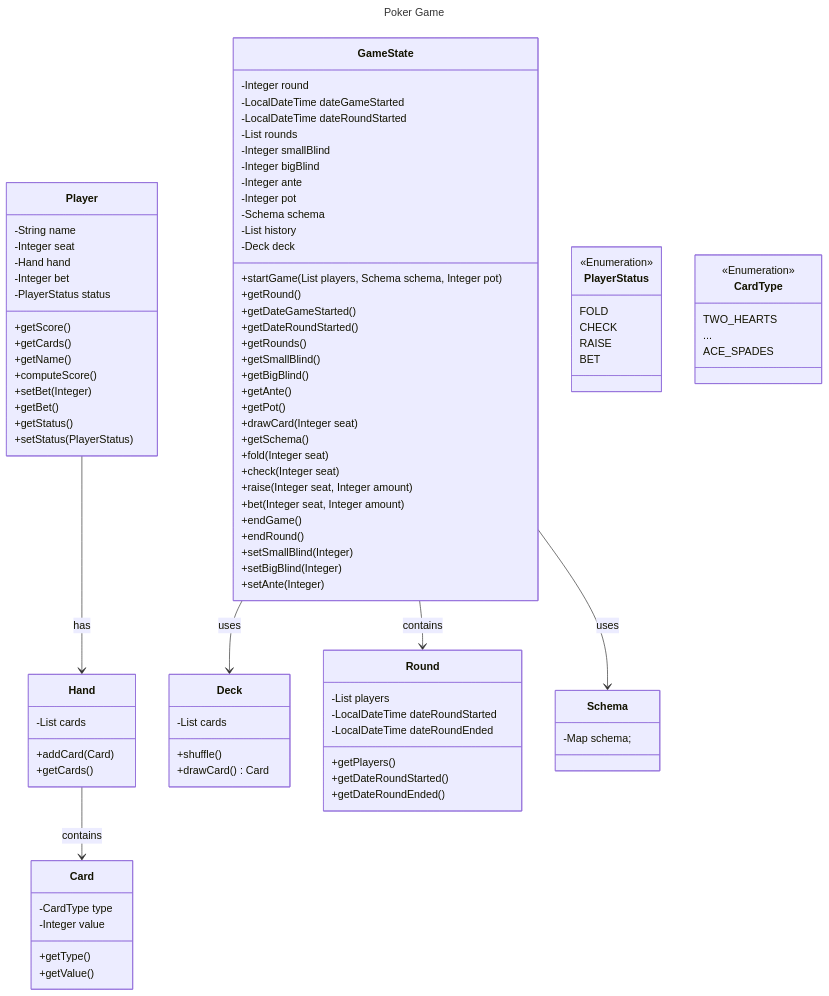
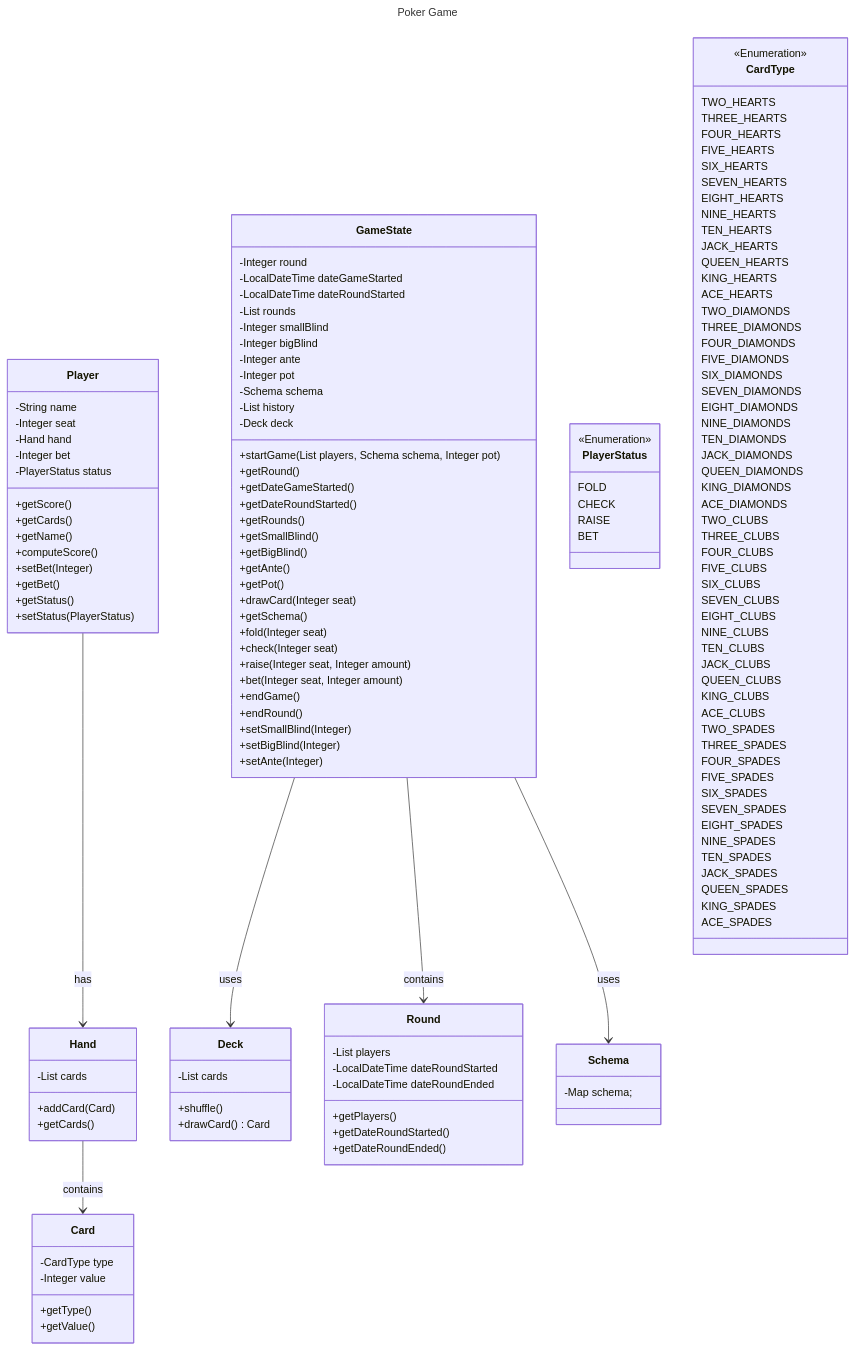
One commit to FettucciniESP/fettuccini changed the diagram in docs/back/diagram/classes.md. Above: the diagram before and after it, drawn with Mermaid. The commit also changed other lines of this file, not shown here.

Commit message:
fix: diagram lint

```diff
--- a/docs/back/diagram/classes.md
+++ b/docs/back/diagram/classes.md
@@ -103,7 +105,59 @@
     class CardType {
         <<Enumeration>>
         TWO_HEARTS
-        ...
+        THREE_HEARTS
+        FOUR_HEARTS
+        FIVE_HEARTS
+        SIX_HEARTS
+        SEVEN_HEARTS
+        EIGHT_HEARTS
+        NINE_HEARTS
+        TEN_HEARTS
+        JACK_HEARTS
+        QUEEN_HEARTS
+        KING_HEARTS
+        ACE_HEARTS
+
+        TWO_DIAMONDS
+        THREE_DIAMONDS
+        FOUR_DIAMONDS
+        FIVE_DIAMONDS
+        SIX_DIAMONDS
+        SEVEN_DIAMONDS
+        EIGHT_DIAMONDS
+        NINE_DIAMONDS
+        TEN_DIAMONDS
+        JACK_DIAMONDS
+        QUEEN_DIAMONDS
+        KING_DIAMONDS
+        ACE_DIAMONDS
+
+        TWO_CLUBS
+        THREE_CLUBS
+        FOUR_CLUBS
+        FIVE_CLUBS
+        SIX_CLUBS
+        SEVEN_CLUBS
+        EIGHT_CLUBS
+        NINE_CLUBS
+        TEN_CLUBS
+        JACK_CLUBS
+        QUEEN_CLUBS
+        KING_CLUBS
+        ACE_CLUBS
+
+        TWO_SPADES
+        THREE_SPADES
+        FOUR_SPADES
+        FIVE_SPADES
+        SIX_SPADES
+        SEVEN_SPADES
+        EIGHT_SPADES
+        NINE_SPADES
+        TEN_SPADES
+        JACK_SPADES
+        QUEEN_SPADES
+        KING_SPADES
         ACE_SPADES
     }
 
```
